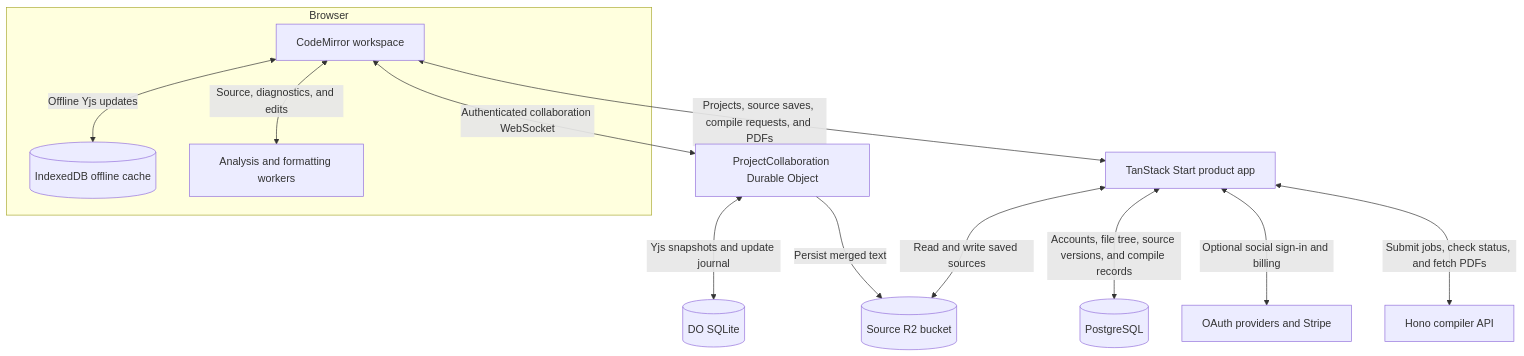
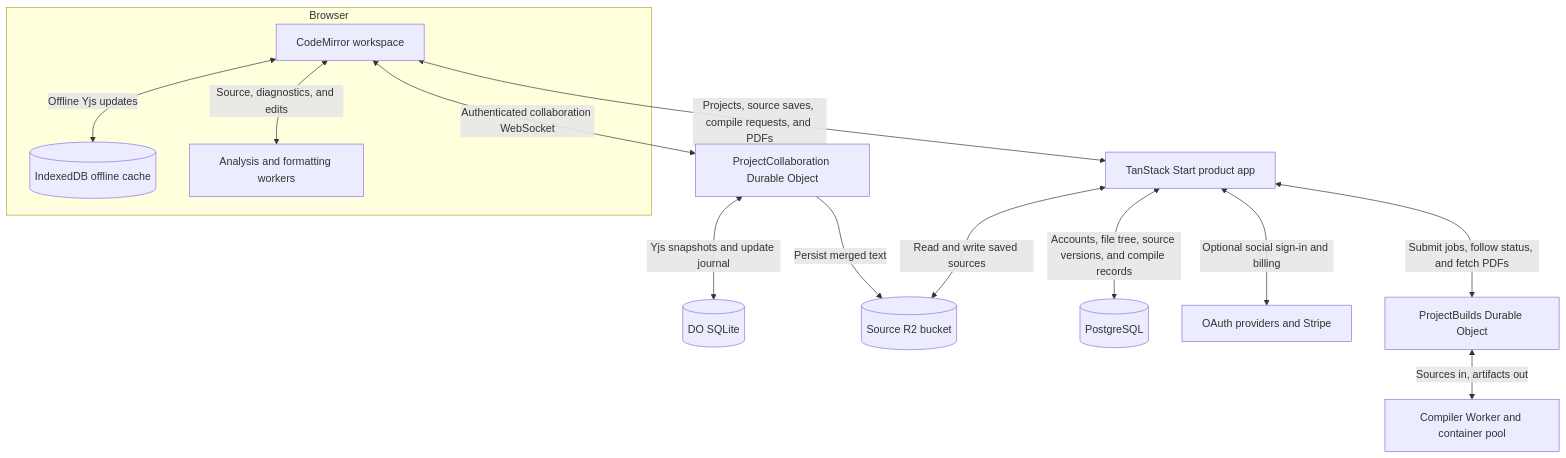
One commit to texfolia/texfolia changed the first of 2 diagrams in README.md. Above: the diagram before and after it, drawn with Mermaid. The commit also changed other lines of this file and 151 other files, not shown here.

````diff
--- a/README.md
+++ b/README.md
@@ -54,19 +54,20 @@
 ```mermaid
 flowchart TD
     subgraph Browser["Browser"]
         Editor["CodeMirror workspace"]
         Drafts[("IndexedDB offline cache")]
         Workers["Analysis and formatting workers"]
         Editor <-->|Offline Yjs updates| Drafts
         Editor <-->|Source, diagnostics, and edits| Workers
     end
 
     Editor <-->|Authenticated collaboration WebSocket| Collaboration["ProjectCollaboration Durable Object"]
     Collaboration <-->|Yjs snapshots and update journal| SQLite[("DO SQLite")]
     Collaboration -->|Persist merged text| R2[("Source R2 bucket")]
     Editor <-->|Projects, source saves, compile requests, and PDFs| App["TanStack Start product app"]
     App <-->|Read and write saved sources| R2
     App <-->|Accounts, file tree, source versions, and compile records| DB[("PostgreSQL")]
     App <-->|Optional social sign-in and billing| Services["OAuth providers and Stripe"]
-    App <-->|Submit jobs, check status, and fetch PDFs| Compiler["Hono compiler API"]
+    App <-->|Submit jobs, follow status, and fetch PDFs| Builds["ProjectBuilds Durable Object"]
+    Builds <-->|Sources in, artifacts out| Compiler["Compiler Worker and container pool"]
 ```
````
